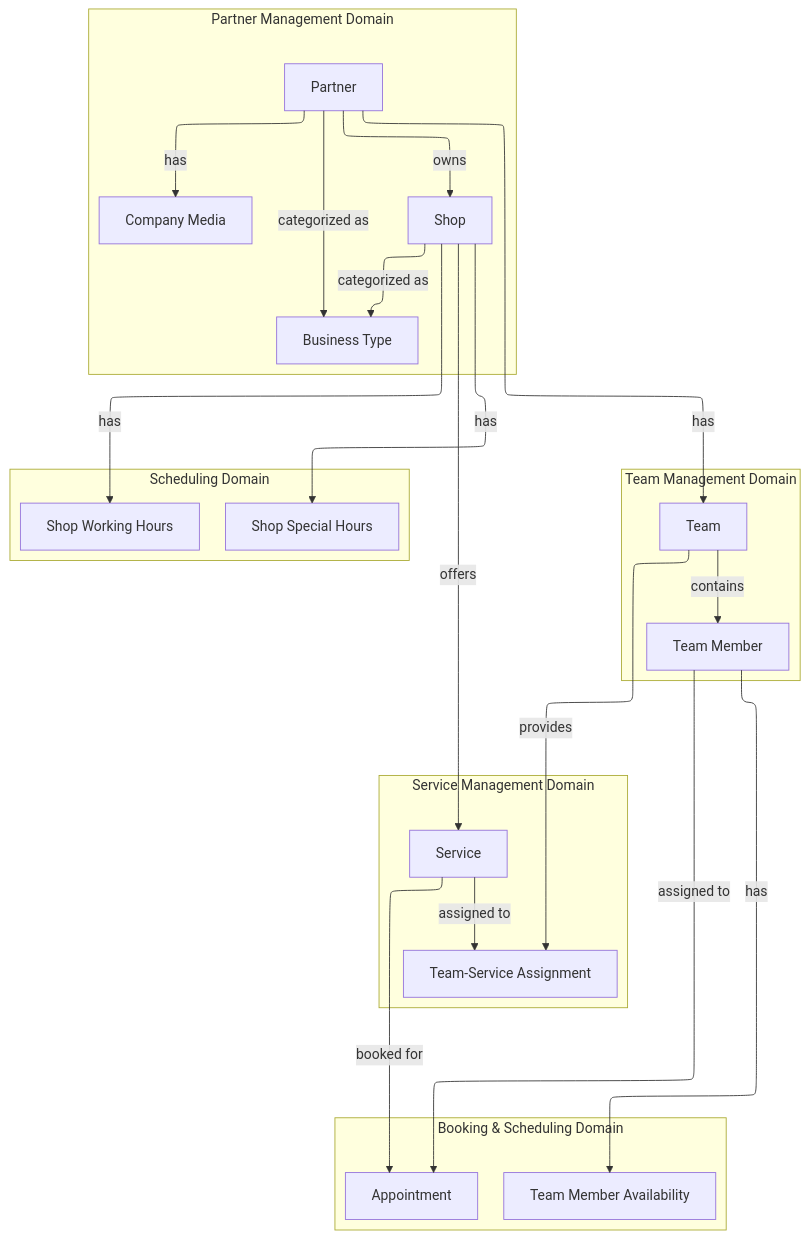
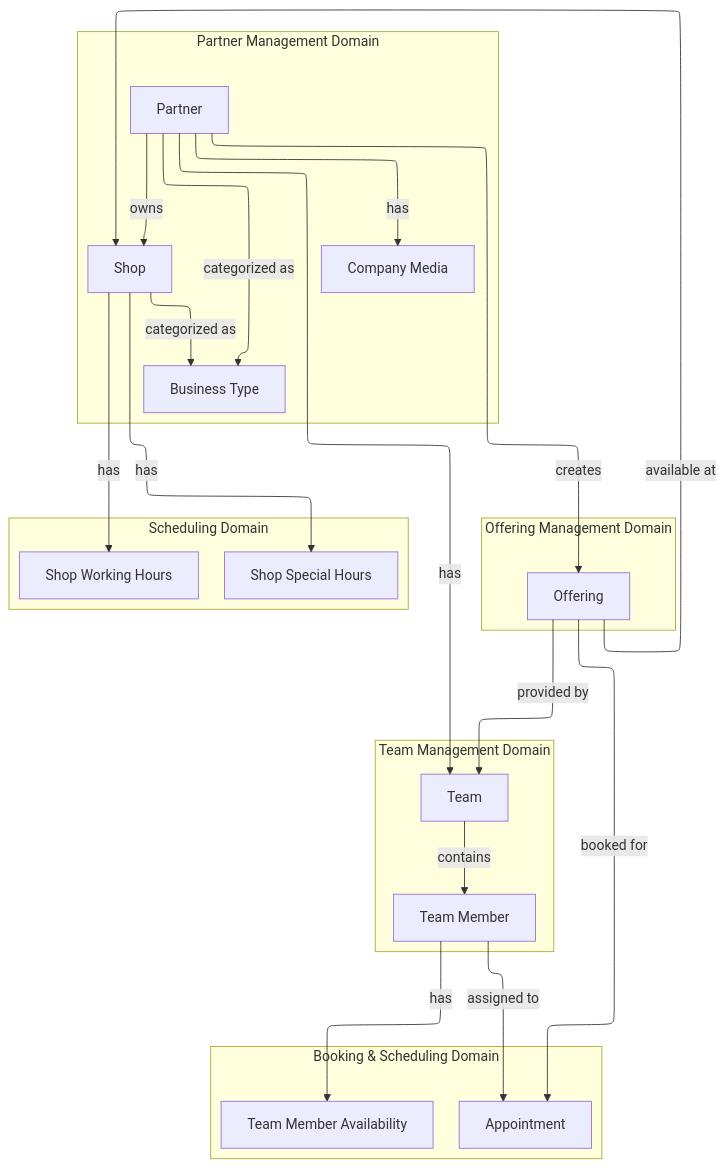
One commit to giusmento/pulcherbook-be changed the diagram in services/partner-service/docs/database/conceptual-model.mermaid. Above: the diagram before and after it, drawn with Mermaid. The commit also changed 25 other files, not shown here.

```diff
--- a/services/partner-service/docs/database/conceptual-model.mermaid
+++ b/services/partner-service/docs/database/conceptual-model.mermaid
@@ -1,45 +1,44 @@
 ---
 config:
   layout: elk
 ---
 flowchart TD
     subgraph PartnerDomain [Partner Management Domain]
         Partner[Partner]
         Shop[Shop]
         BusinessType[Business Type]
         CompanyMedia[Company Media]
         Partner -->|has| CompanyMedia
         Partner -->|owns| Shop
         Partner -->|categorized as| BusinessType
         Shop -->|categorized as| BusinessType
     end
 
     subgraph TeamDomain [Team Management Domain]
         Team[Team]
         TeamMember[Team Member]
         Partner -->|has| Team
         Team -->|contains| TeamMember
     end
 
-    subgraph ServiceDomain [Service Management Domain]
-        Service[Service]
-        TeamService[Team-Service Assignment]
-        Shop -->|offers| Service
-        Team -->|provides| TeamService
-        Service -->|assigned to| TeamService
+    subgraph OfferingDomain [Offering Management Domain]
+        Offering[Offering]
+        Partner -->|creates| Offering
+        Offering -->|available at| Shop
+        Offering -->|provided by| Team
     end
 
     subgraph SchedulingDomain [Scheduling Domain]
         ShopWorkingHours[Shop Working Hours]
         ShopSpecialHours[Shop Special Hours]
         Shop -->|has| ShopWorkingHours
         Shop -->|has| ShopSpecialHours
     end
 
     subgraph BookingDomain [Booking & Scheduling Domain]
         Appointment[Appointment]
         Availability[Team Member Availability]
         TeamMember -->|has| Availability
         TeamMember -->|assigned to| Appointment
-        Service -->|booked for| Appointment
+        Offering -->|booked for| Appointment
     end
```
